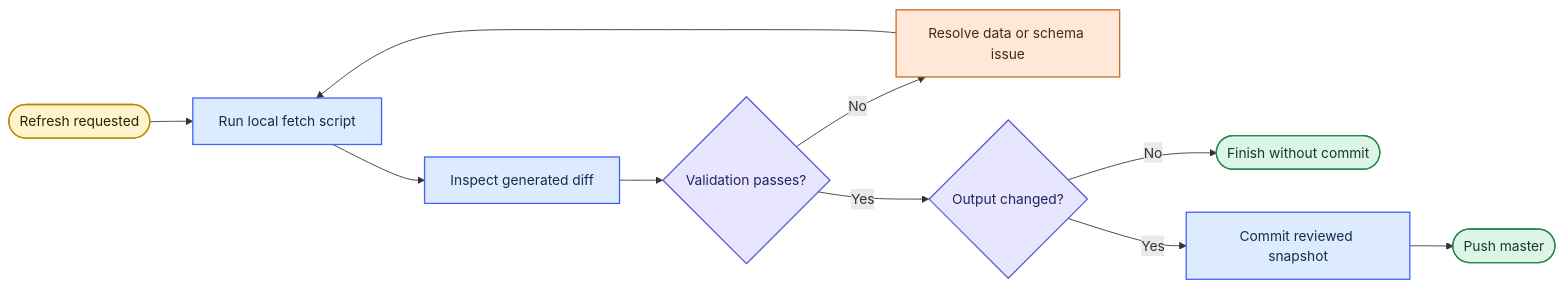
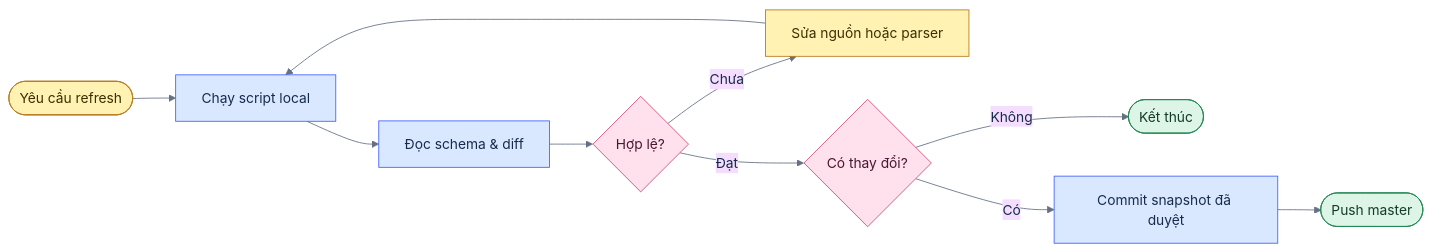
Before and after one commit to thangldw/thangldw.github.io: the third of 3 diagrams in README.md, drawn with Mermaid. The commit also changed other lines of this file and 7 other files, not shown here.

````diff
--- a/README.md
+++ b/README.md
@@ -92,23 +121,23 @@
 ```mermaid
+%%{init: {"theme":"base","themeVariables":{"fontFamily":"Inter, Arial, sans-serif","lineColor":"#667085","primaryTextColor":"#172B4D"}}}%%
 flowchart LR
-  Start(["Refresh requested"]) --> Fetch["Run local fetch script"]
-  Fetch --> Inspect["Inspect generated diff"]
-  Inspect --> Valid{"Validation passes?"}
-  Valid -->|No| Fix["Resolve data or schema issue"]
+  Request(["Yêu cầu refresh"]) --> Fetch["Chạy script local"]
+  Fetch --> Inspect["Đọc schema & diff"]
+  Inspect --> Valid{"Hợp lệ?"}
+  Valid -->|"Chưa"| Fix["Sửa nguồn hoặc parser"]
   Fix --> Fetch
-  Valid -->|Yes| Changed{"Output changed?"}
-  Changed -->|No| Stop(["Finish without commit"])
-  Changed -->|Yes| Commit["Commit reviewed snapshot"]
+  Valid -->|"Đạt"| Changed{"Có thay đổi?"}
+  Changed -->|"Không"| Stop(["Kết thúc"])
+  Changed -->|"Có"| Commit["Commit snapshot đã duyệt"]
   Commit --> Publish(["Push master"])
 
-  classDef start fill:#FFF4CC,stroke:#B88A00,color:#292300,stroke-width:1.5px;
-  classDef process fill:#DDEBFF,stroke:#4262FF,color:#172B4D,stroke-width:1.5px;
-  classDef decision fill:#E8E5FF,stroke:#5B5BD6,color:#24225A,stroke-width:1.5px;
-  classDef correction fill:#FFE8D7,stroke:#C96A21,color:#4A2A12,stroke-width:1.5px;
-  classDef finish fill:#DDF5E7,stroke:#238653,color:#153B29,stroke-width:1.5px;
-  class Start start;
-  class Fetch,Inspect,Commit process;
-  class Valid,Changed decision;
-  class Fix correction;
-  class Stop,Publish finish;
+  classDef yellow fill:#FFF2B2,stroke:#B7791F,color:#3B2F00,stroke-width:1px;
+  classDef blue fill:#D9E8FF,stroke:#4262FF,color:#172B4D,stroke-width:1px;
+  classDef green fill:#DDF5E7,stroke:#238653,color:#153B29,stroke-width:1px;
+  classDef pink fill:#FFE0EC,stroke:#C94F7C,color:#4A1730,stroke-width:1px;
+  class Request yellow;
+  class Fetch,Inspect,Commit blue;
+  class Valid,Changed pink;
+  class Fix yellow;
+  class Stop,Publish green;
 ```
````
